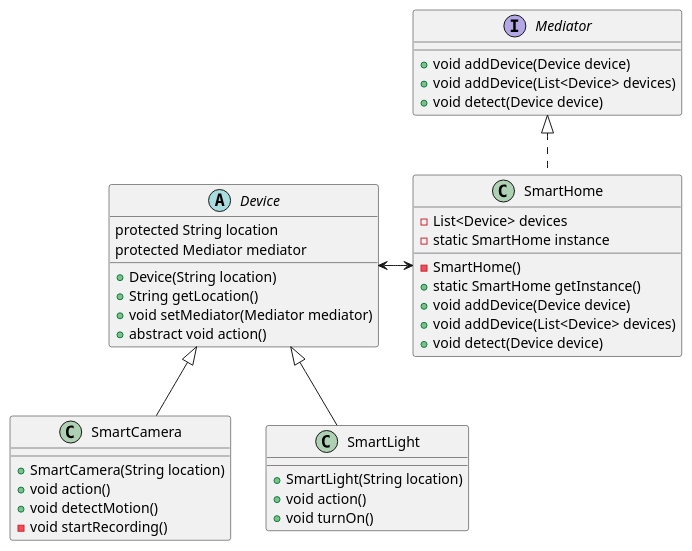
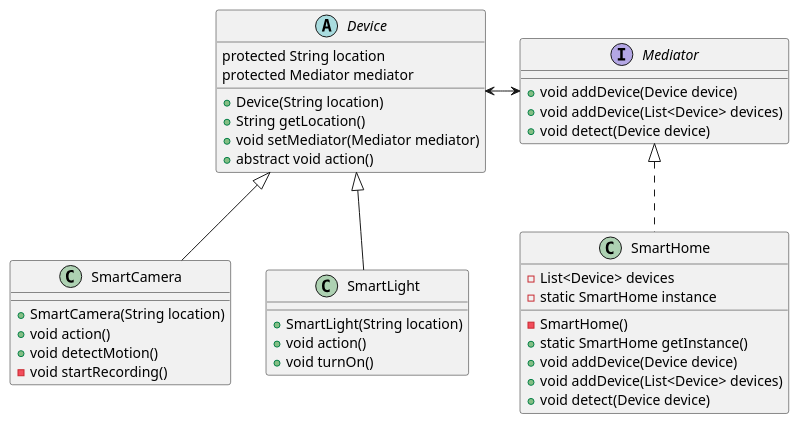
Before and after one commit to corndel-swe/bee-mail-Charlie-robin: the diagram in src/main/resources/demo.puml, drawn with PlantUML. The commit also changed 8 other files, not shown here.

Commit message:
Updated Diagrams and readme

```diff
--- a/src/main/resources/demo.puml
+++ b/src/main/resources/demo.puml
@@ -2,45 +2,44 @@
 @startuml
 'https://plantuml.com/class-diagram
-
 
     abstract class Device {
         protected String location
         protected Mediator mediator
         +Device(String location)
         +String getLocation()
         +void setMediator(Mediator mediator)
         +abstract void action()
     }
 
     interface Mediator {
         +void addDevice(Device device)
         +void addDevice(List<Device> devices)
         +void detect(Device device)
     }
 
     class SmartCamera extends Device {
         +SmartCamera(String location)
         +void action()
         +void detectMotion()
         -void startRecording()
     }
 
     class SmartHome implements Mediator {
         -List<Device> devices
         -static SmartHome instance
         -SmartHome()
         +static SmartHome getInstance()
         +void addDevice(Device device)
         +void addDevice(List<Device> devices)
         +void detect(Device device)
     }
 
     class SmartLight extends Device {
         +SmartLight(String location)
         +void action()
         +void turnOn()
     }
 
-    Device <-> SmartHome
+    Device <-> Mediator
 
 @enduml
```
